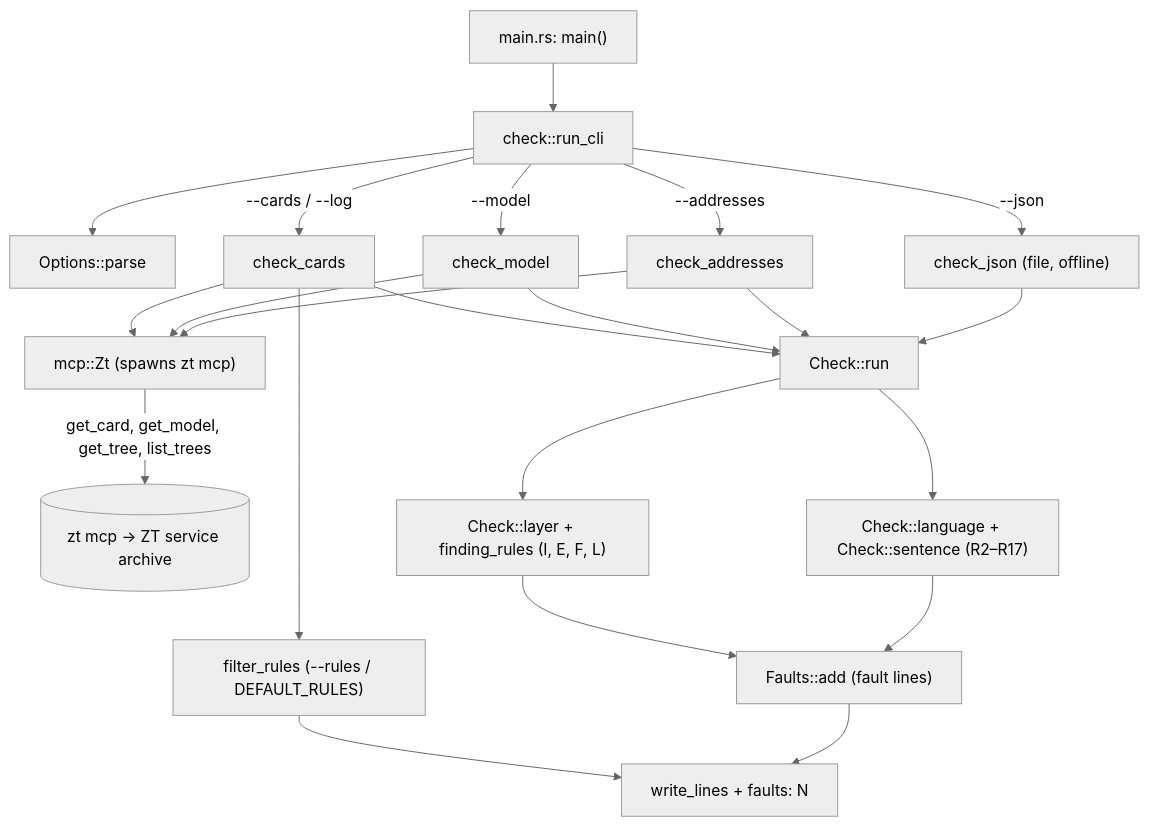
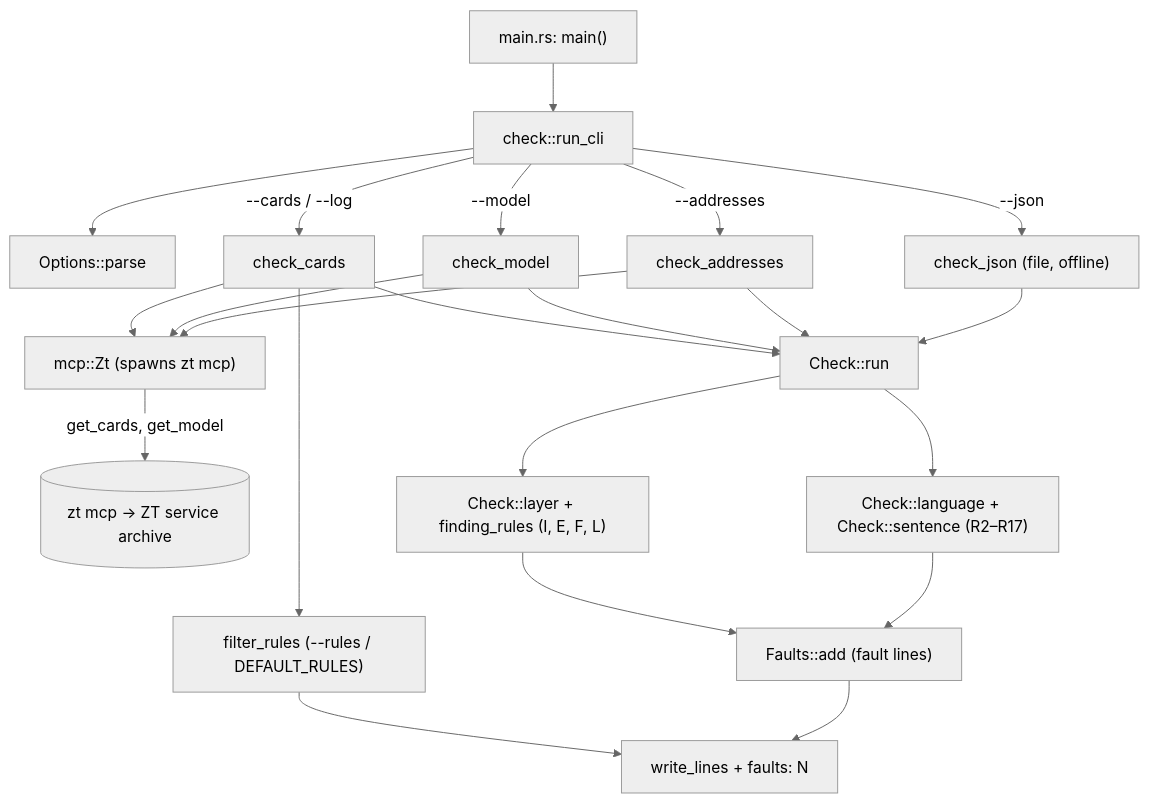
Before and after one commit to liudesheng9/zet: the diagram in docs/wiki/zt-check.md, drawn with Mermaid (neutral theme). The commit also changed other lines of this file and 7 other files, not shown here.

````diff
--- a/docs/wiki/zt-check.md
+++ b/docs/wiki/zt-check.md
@@ -56,18 +56,18 @@
 ```mermaid
 flowchart TD
     main["main.rs: main()"] --> cli["check::run_cli"]
     cli --> parse["Options::parse"]
     cli -->|--json| cj["check_json (file, offline)"]
     cli -->|--addresses| ca["check_addresses"]
     cli -->|--model| cm["check_model"]
     cli -->|--cards / --log| cc["check_cards"]
     ca & cm & cc --> zt["mcp::Zt (spawns zt mcp)"]
-    zt -->|get_card, get_model, get_tree, list_trees| server[("zt mcp → ZT service archive")]
+    zt -->|get_cards, get_model| server[("zt mcp → ZT service archive")]
     cj & ca & cm & cc --> run["Check::run"]
     run --> lang["Check::language + Check::sentence (R2–R17)"]
     run --> layer["Check::layer + finding_rules (I, E, F, L)"]
     lang & layer --> faults["Faults::add (fault lines)"]
     cc --> filter["filter_rules (--rules / DEFAULT_RULES)"]
     faults --> out["write_lines + faults: N"]
     filter --> out
 ```
````
